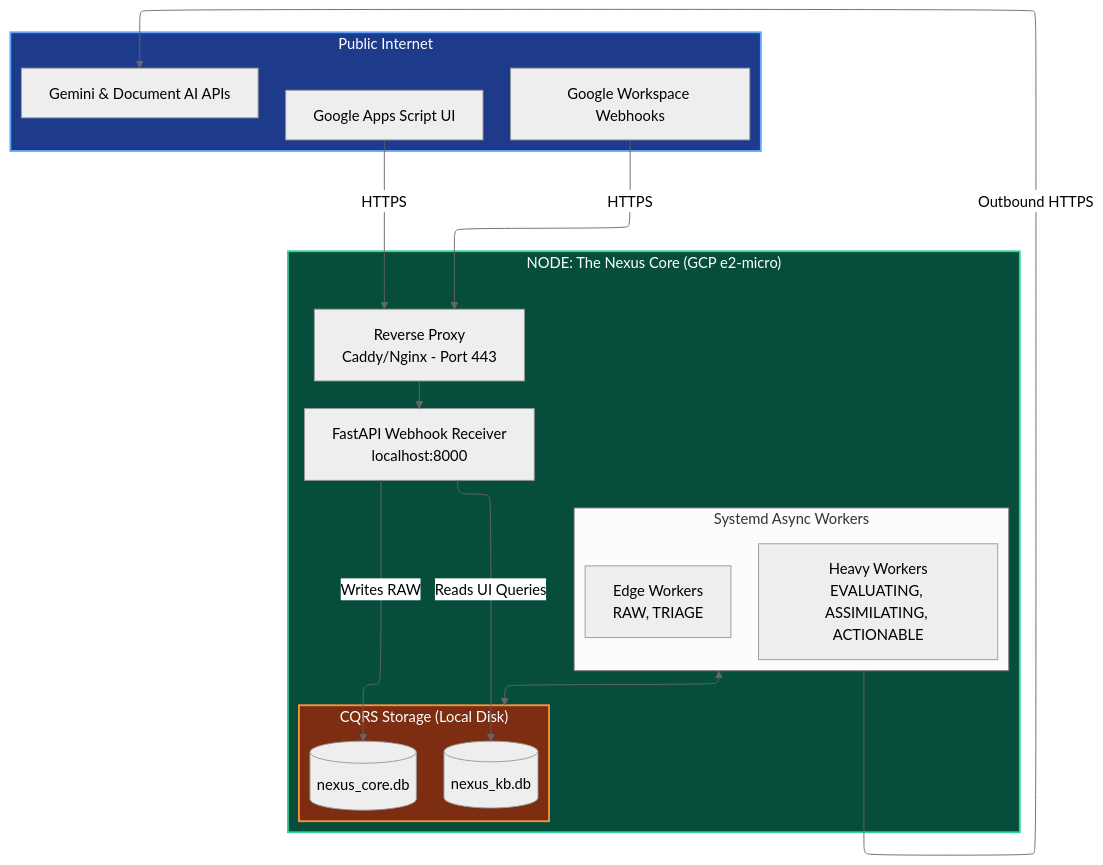
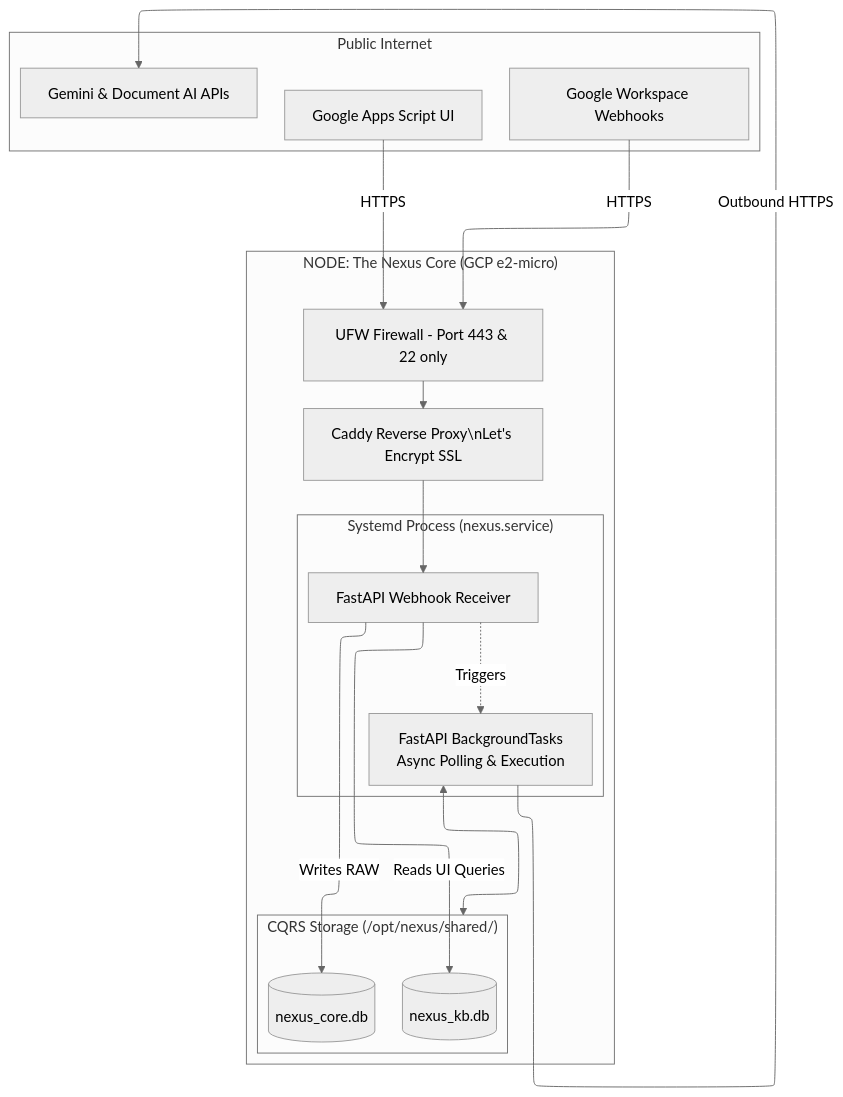
Before and after one commit to FrankXLT/Nexus-for-Google: the diagram in arch_docs/00_RESOURCE_TOPOLOGY.md, drawn with Mermaid (neutral theme). The commit also changed other lines of this file and 2 other files, not shown here.

Commit message:
docs(architecture): adopt single-daemon model and refine AI rules
- Replace "The Heritage Law" in `.clinerules` with strict anti-hallucination constraints to prevent AI from inventing unauthorized state transitions.
- Update operational boundaries in `00_RESOURCE_TOPOLOGY.md` to use a Single-Daemon Model (FastAPI BackgroundTasks) instead of separate systemd worker services, simplifying deployment.
- Explicitly define UFW (firewall) and Caddy (reverse proxy/SSL) as the standard security stack.
- Update local disk data layer paths to `/opt/nexus/shared/data/`.

````diff
--- a/arch_docs/00_RESOURCE_TOPOLOGY.md
+++ b/arch_docs/00_RESOURCE_TOPOLOGY.md
@@ -22,53 +22,41 @@
 ```mermaid
 ---
 config:
   layout: elk
 ---
-flowchart TD
-    %% External World
-    subgraph External["Public Internet"]
-        GW[Google Workspace Webhooks]
-        UI[Google Apps Script UI]
-        GCP_APIs[Gemini & Document AI APIs]
-    end
+flowchart TB
+ subgraph External["Public Internet"]
+        GW["Google Workspace Webhooks"]
+        UI["Google Apps Script UI"]
+        GCP_APIs["Gemini & Document AI APIs"]
+  end
+ subgraph Daemon["Systemd Process (nexus.service)"]
+    direction TB
+        Ingress["FastAPI Webhook Receiver"]
+        Worker["FastAPI BackgroundTasks\nAsync Polling & Execution"]
+  end
+ subgraph Databases["CQRS Storage (/opt/nexus/shared/)"]
+    direction LR
+        CoreDB[("nexus_core.db")]
+        KBDB[("nexus_kb.db")]
+  end
+ subgraph VM["NODE: The Nexus Core (GCP e2-micro)"]
+    direction TB
+        UFW["UFW Firewall - Port 443 & 22 only"]
+        Caddy@{ label: "Caddy Reverse Proxy\\nLet's Encrypt SSL" }
+        Daemon
+        Databases
+  end
+    Ingress -. Triggers .-> Worker
+    UFW --> Caddy
+    Caddy --> Ingress
+    Ingress -- Writes RAW --> CoreDB
+    Ingress -- Reads UI Queries --> KBDB
+    Worker <--> Databases
+    GW -- HTTPS --> UFW
+    UI -- HTTPS --> UFW
+    Worker -- Outbound HTTPS --> GCP_APIs
 
-    %% Physical VM Boundary
-    subgraph VM["NODE: The Nexus Core (GCP e2-micro)"]
-        direction TB
-        
-        ReverseProxy[Reverse Proxy\nCaddy/Nginx - Port 443]
-        Ingress[FastAPI Webhook Receiver\nlocalhost:8000]
-        
-        subgraph Databases["CQRS Storage (Local Disk)"]
-            direction LR
-            CoreDB[(nexus_core.db)]
-            KBDB[(nexus_kb.db)]
-        end
-        
-        subgraph Workers["Systemd Async Workers"]
-            direction TB
-            W_Edge[Edge Workers\nRAW, TRIAGE]
-            W_Heavy[Heavy Workers\nEVALUATING, ASSIMILATING, ACTIONABLE]
-        end
-        
-        ReverseProxy --> Ingress
-        Ingress -->|Writes RAW| CoreDB
-        Ingress -->|Reads UI Queries| KBDB
-        
-        Workers <--> Databases
-    end
-
-    %% Connections
-    GW -- HTTPS --> ReverseProxy
-    UI -- HTTPS --> ReverseProxy
-    
-    Workers -- Outbound HTTPS --> GCP_APIs
-    
-    classDef public fill:#1e3a8a,stroke:#60a5fa,stroke-width:2px,color:#fff;
-    classDef local fill:#064e3b,stroke:#34d399,stroke-width:2px,color:#fff;
-    classDef storage fill:#7c2d12,stroke:#fb923c,stroke-width:2px,color:#fff;
-    
-    class External public;
-    class VM local;
-    class Databases storage;
+    Caddy@{ shape: rect}
+     Databases:::storage
 ```
````
